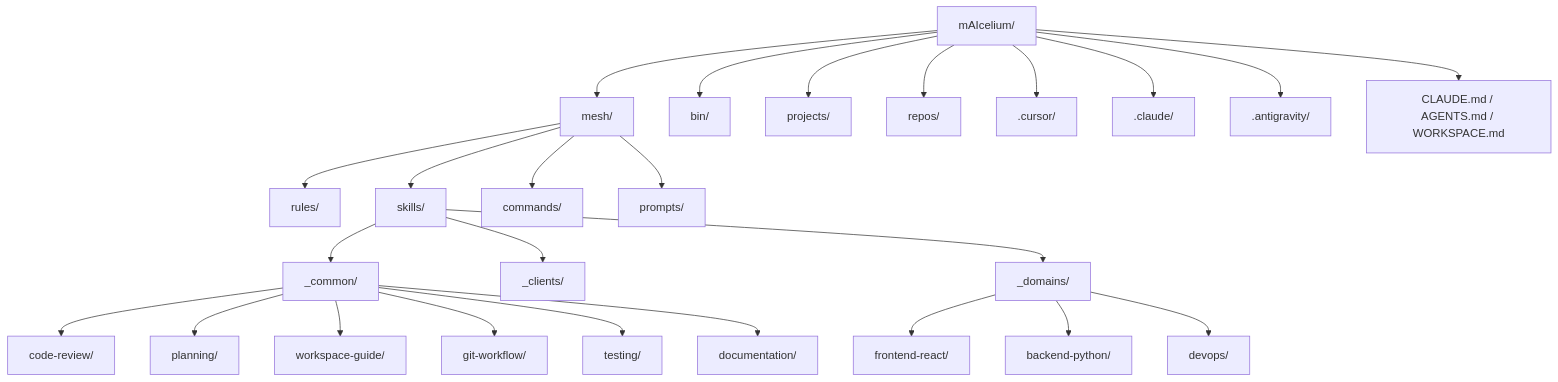
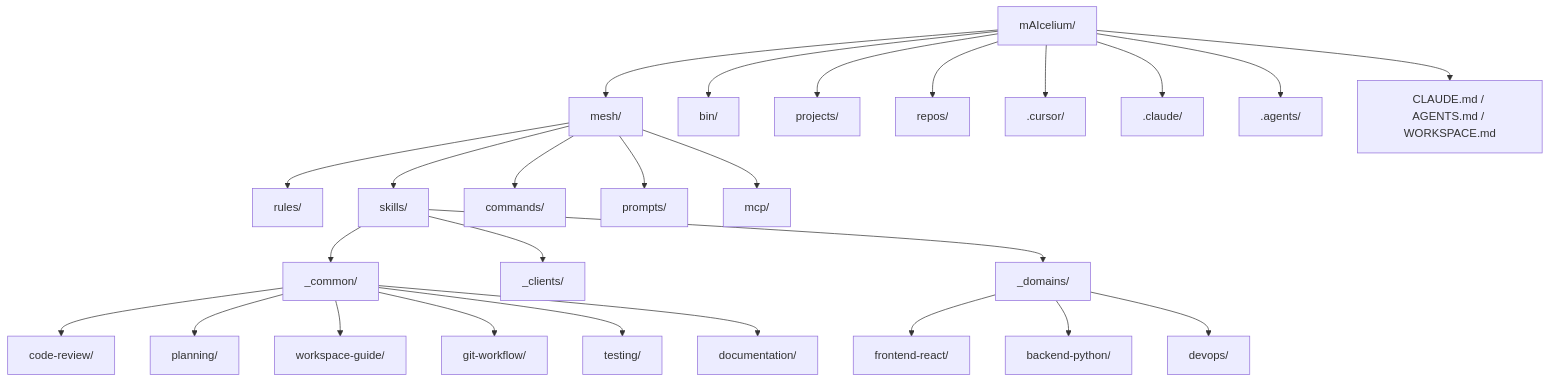
One commit to samartined/mAIcelium changed the first of 4 diagrams in docs/architecture.md. Above: the diagram before and after it, drawn with Mermaid. The commit also changed other lines of this file and 2 other files, not shown here.

Commit message:
docs: align documentation with framework reality (.agents, .mdc, missing skills and rules)

````diff
--- a/docs/architecture.md
+++ b/docs/architecture.md
@@ -23,31 +23,32 @@
 ```mermaid
 graph TD
     Root["mAIcelium/"] --> Mesh["mesh/"]
     Root --> Bin["bin/"]
     Root --> Projects["projects/"]
     Root --> Repos["repos/"]
     Root --> CursorDir[".cursor/"]
     Root --> ClaudeDir[".claude/"]
-    Root --> AntigravityDir[".antigravity/"]
+    Root --> AgentsDir[".agents/"]
     Root --> ConfigFiles["CLAUDE.md / AGENTS.md / WORKSPACE.md"]
 
     Mesh --> Rules["rules/"]
     Mesh --> Skills["skills/"]
     Mesh --> Commands["commands/"]
     Mesh --> Prompts["prompts/"]
+    Mesh --> MCP["mcp/"]
 
     Skills --> Common["_common/"]
     Skills --> Clients["_clients/"]
     Skills --> Domains["_domains/"]
 
     Common --> CodeReview["code-review/"]
     Common --> Planning["planning/"]
     Common --> WorkspaceGuide["workspace-guide/"]
     Common --> GitWorkflow["git-workflow/"]
     Common --> Testing["testing/"]
     Common --> Documentation["documentation/"]
 
     Domains --> FrontendReact["frontend-react/"]
     Domains --> BackendPython["backend-python/"]
     Domains --> DevOps["devops/"]
 ```
````
